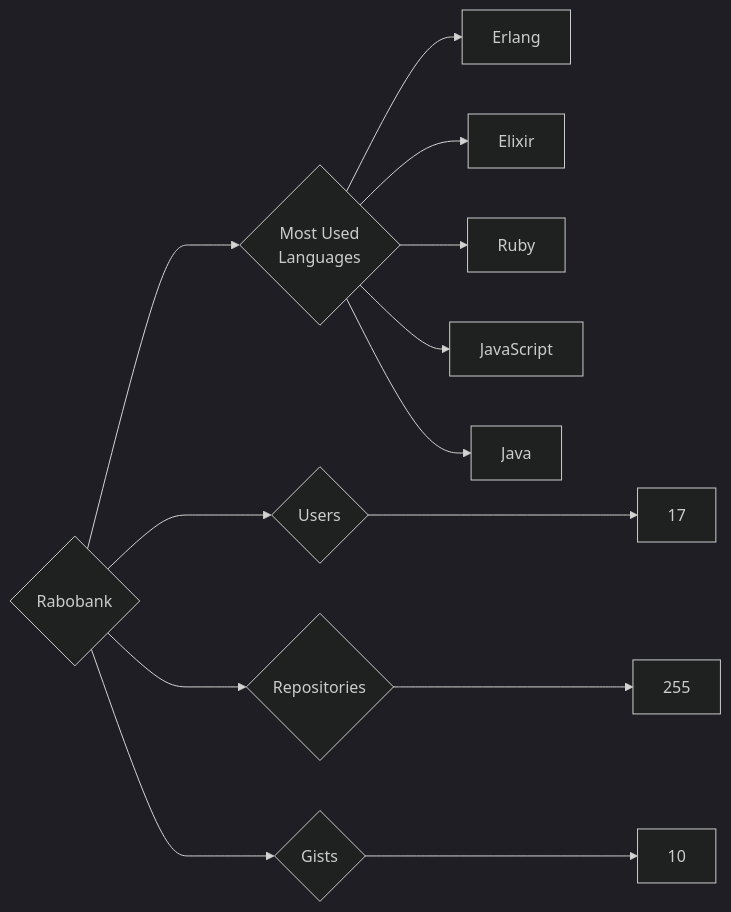
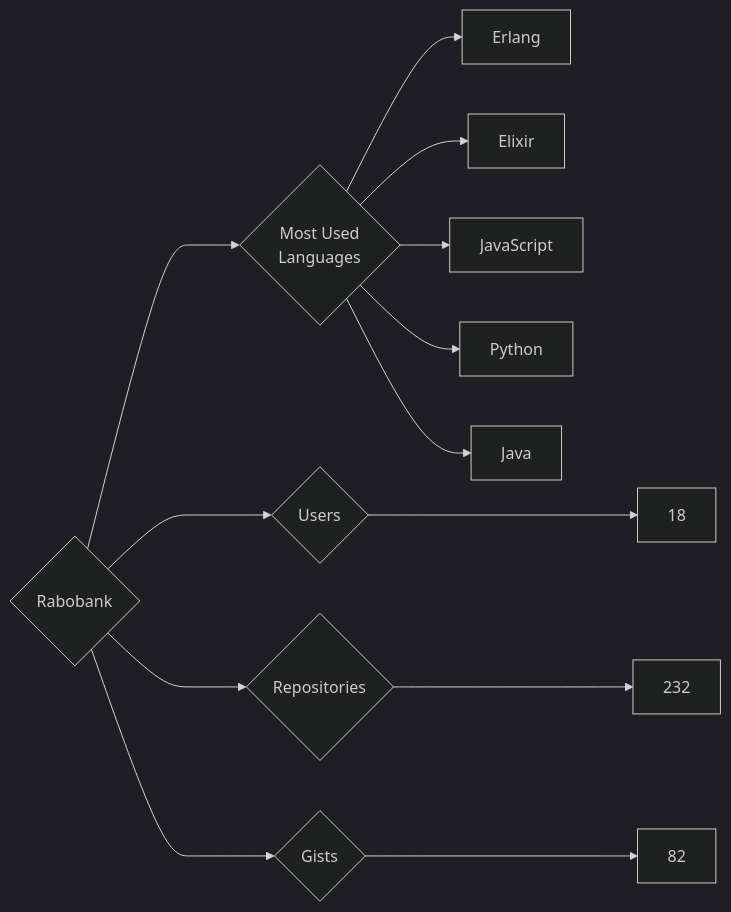
The diagram in targets/Rabobank/README.md (trickest/insiders), drawn with Mermaid (dark theme) before and after one commit. The commit also changed 953 other files, not shown here.

````diff
--- a/targets/Rabobank/README.md
+++ b/targets/Rabobank/README.md
@@ -3,13 +3,13 @@
 ```mermaid
 graph LR
 COMPANY_NAME{Rabobank}
-COMPANY_NAME ---> U{Users} ---> UN[17]
-COMPANY_NAME ---> R{Repositories} ---> RN[255]
-COMPANY_NAME ---> G{Gists} ---> GN[10]
+COMPANY_NAME ---> U{Users} ---> UN[18]
+COMPANY_NAME ---> R{Repositories} ---> RN[232]
+COMPANY_NAME ---> G{Gists} ---> GN[82]
 COMPANY_NAME ---> ML{Most Used<br>Languages}
 ML --> Erlang[Erlang]
 ML --> Elixir[Elixir]
-ML --> Ruby[Ruby]
 ML --> JavaScript[JavaScript]
+ML --> Python[Python]
 ML --> Java[Java]
 ```
````
